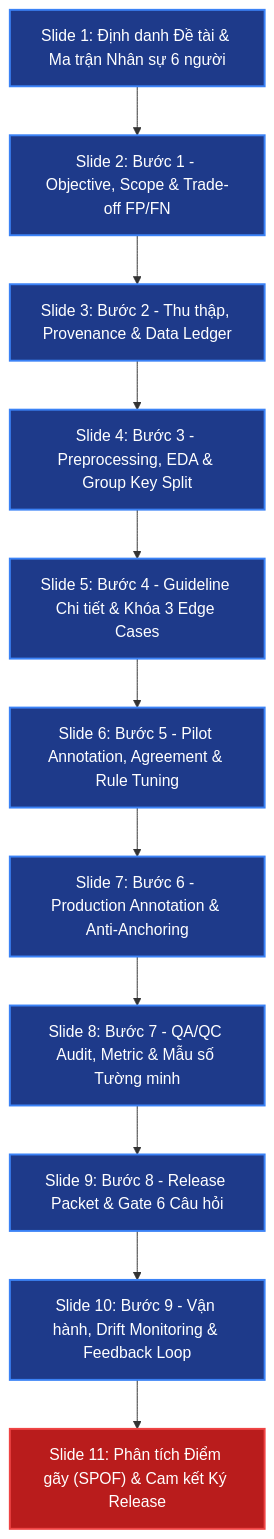
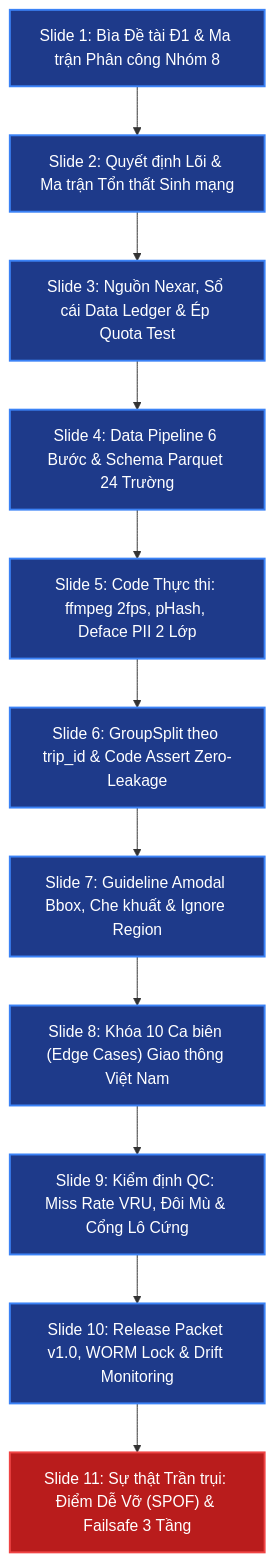
The first of 2 diagrams in battle_mastery_rubric_guide.md (lechibang-1512/DAY6), drawn with Mermaid before and after one commit. The commit also changed other lines of this file and 3 other files, not shown here.

````diff
--- a/battle_mastery_rubric_guide.md
+++ b/battle_mastery_rubric_guide.md
@@ -129,18 +88,18 @@
 ```mermaid
 flowchart TD
-    S01["Slide 1: Định danh Đề tài & Ma trận Nhân sự 6 người"] --> S02["Slide 2: Bước 1 - Objective, Scope & Trade-off FP/FN"]
-    S02 --> S03["Slide 3: Bước 2 - Thu thập, Provenance & Data Ledger"]
-    S03 --> S04["Slide 4: Bước 3 - Preprocessing, EDA & Group Key Split"]
-    S04 --> S05["Slide 5: Bước 4 - Guideline Chi tiết & Khóa 3 Edge Cases"]
-    S05 --> S06["Slide 6: Bước 5 - Pilot Annotation, Agreement & Rule Tuning"]
-    S06 --> S07["Slide 7: Bước 6 - Production Annotation & Anti-Anchoring"]
-    S07 --> S08["Slide 8: Bước 7 - QA/QC Audit, Metric & Mẫu số Tường minh"]
-    S08 --> S09["Slide 9: Bước 8 - Release Packet & Gate 6 Câu hỏi"]
-    S09 --> S10["Slide 10: Bước 9 - Vận hành, Drift Monitoring & Feedback Loop"]
-    S10 --> S11["Slide 11: Phân tích Điểm gãy (SPOF) & Cam kết Ký Release"]
+    S01["Slide 1: Bìa Đề tài Đ1 & Ma trận Phân công Nhóm 8"] --> S02["Slide 2: Quyết định Lõi & Ma trận Tổn thất Sinh mạng"]
+    S02 --> S03["Slide 3: Nguồn Nexar, Sổ cái Data Ledger & Ép Quota Test"]
+    S03 --> S04["Slide 4: Data Pipeline 6 Bước & Schema Parquet 24 Trường"]
+    S04 --> S05["Slide 5: Code Thực thi: ffmpeg 2fps, pHash, Deface PII 2 Lớp"]
+    S05 --> S06["Slide 6: GroupSplit theo trip_id & Code Assert Zero-Leakage"]
+    S06 --> S07["Slide 7: Guideline Amodal Bbox, Che khuất & Ignore Region"]
+    S07 --> S08["Slide 8: Khóa 10 Ca biên (Edge Cases) Giao thông Việt Nam"]
+    S08 --> S09["Slide 9: Kiểm định QC: Miss Rate VRU, Đôi Mù & Cổng Lô Cứng"]
+    S09 --> S10["Slide 10: Release Packet v1.0, WORM Lock & Drift Monitoring"]
+    S10 --> S11["Slide 11: Sự thật Trần trụi: Điểm Dễ Vỡ (SPOF) & Failsafe 3 Tầng"]
 
     classDef primary fill:#1e3a8a,stroke:#3b82f6,stroke-width:2px,color:#fff;
     classDef gate fill:#b91c1c,stroke:#ef4444,stroke-width:2px,color:#fff;
     class S01,S02,S03,S04,S05,S06,S07,S08,S09,S10 primary;
     class S11 gate;
 ```
````
